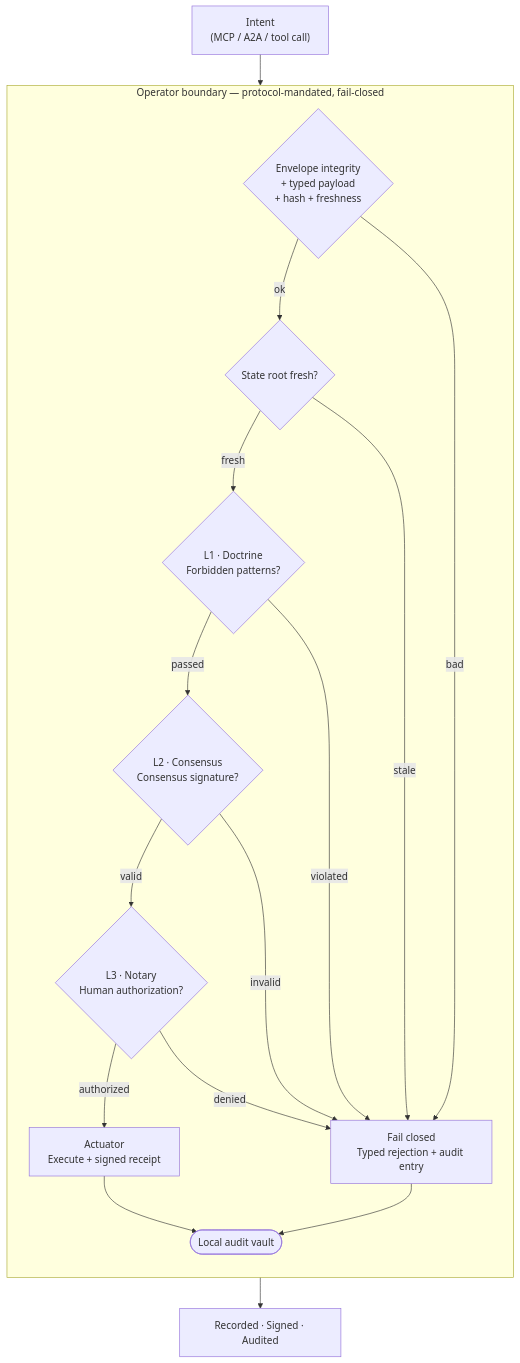
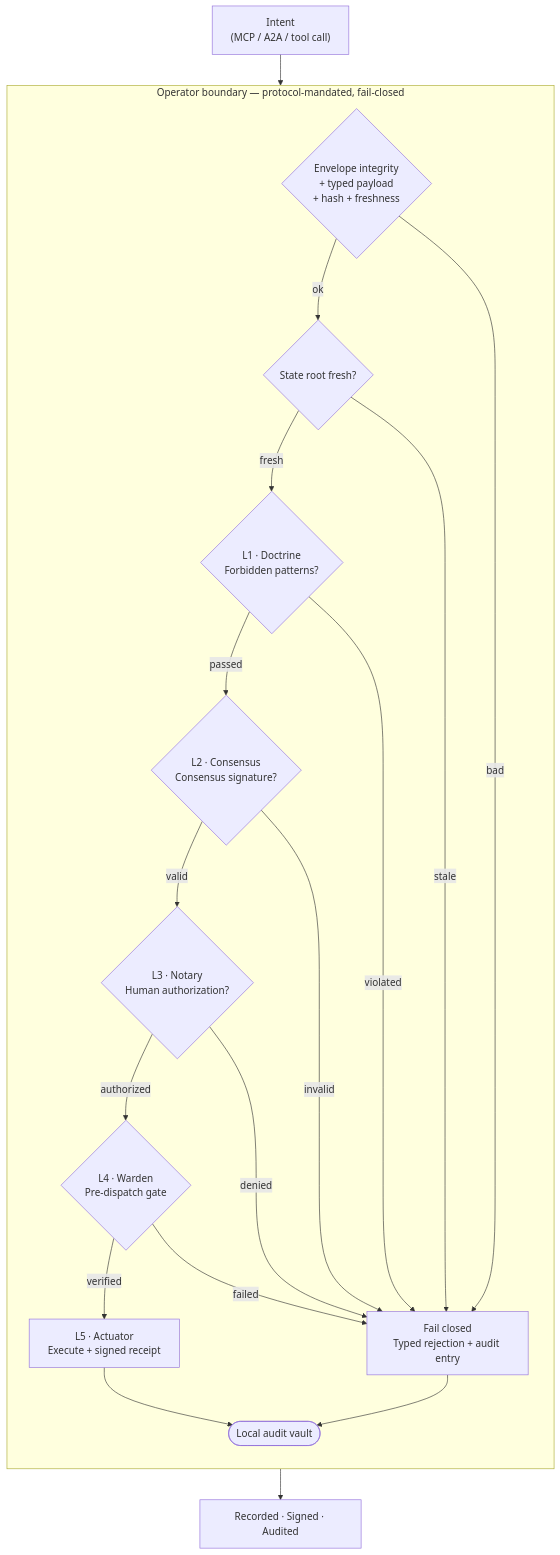
The second of 2 diagrams in README.md (g8e-ai/g8e), drawn with Mermaid before and after one commit. The commit also changed other lines of this file and 5 other files, not shown here.

````diff
--- a/README.md
+++ b/README.md
@@ -108,34 +110,37 @@
 ```mermaid
 graph TD
     Start["Intent<br/>(MCP / A2A / tool call)"]
 
     subgraph Operator ["Operator boundary — protocol-mandated, fail-closed"]
         direction TB
         Pre{"Envelope integrity<br/>+ typed payload<br/>+ hash + freshness"}
         State{"State root fresh?"}
         L1{"L1 · Doctrine<br/>Forbidden patterns?"}
         L2{"L2 · Consensus<br/>Consensus signature?"}
         L3{"L3 · Notary<br/>Human authorization?"}
+        L4{"L4 · Warden<br/>Pre-dispatch gate"}
         Fail["Fail closed<br/>Typed rejection + audit entry"]
-        Act["Actuator<br/>Execute + signed receipt"]
+        Act["L5 · Actuator<br/>Execute + signed receipt"]
         Vault([Local audit vault])
 
         Pre -- ok --> State
         State -- fresh --> L1
         L1 -- passed --> L2
         L2 -- valid --> L3
-        L3 -- authorized --> Act
+        L3 -- authorized --> L4
+        L4 -- verified --> Act
 
         Pre -- bad --> Fail
         State -- stale --> Fail
         L1 -- violated --> Fail
         L2 -- invalid --> Fail
         L3 -- denied --> Fail
+        L4 -- failed --> Fail
 
         Act --> Vault
         Fail --> Vault
     end
 
     Start --> Pre
     Vault --> Done["Recorded · Signed · Audited"]
 ```
````
